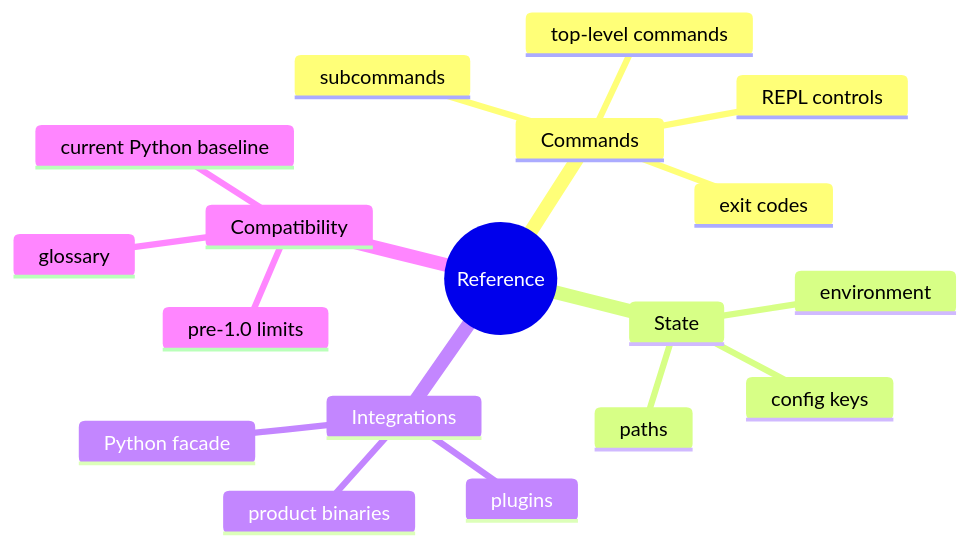
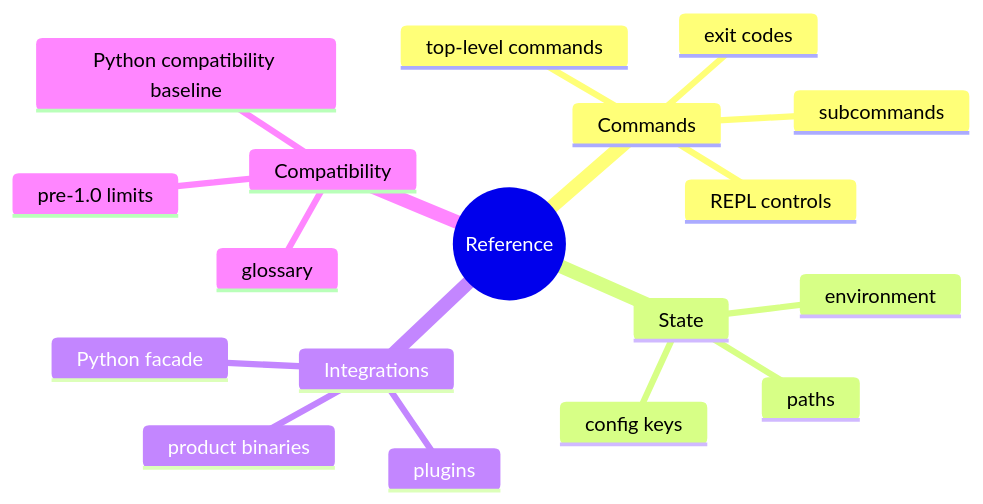
One commit to bijux/bijux-cli changed the second of 2 diagrams in docs/06-reference/index.md. Above: the diagram before and after it, drawn with Mermaid. The commit also changed 6 other files, not shown here.

````diff
--- a/docs/06-reference/index.md
+++ b/docs/06-reference/index.md
@@ -17,21 +17,21 @@
 ```mermaid
 mindmap
   root((Reference))
     Commands
       top-level commands
       subcommands
       exit codes
       REPL controls
     State
       config keys
       paths
       environment
     Integrations
       plugins
       product binaries
       Python facade
     Compatibility
       pre-1.0 limits
       glossary
-      current Python baseline
+      Python compatibility baseline
 ```
````
